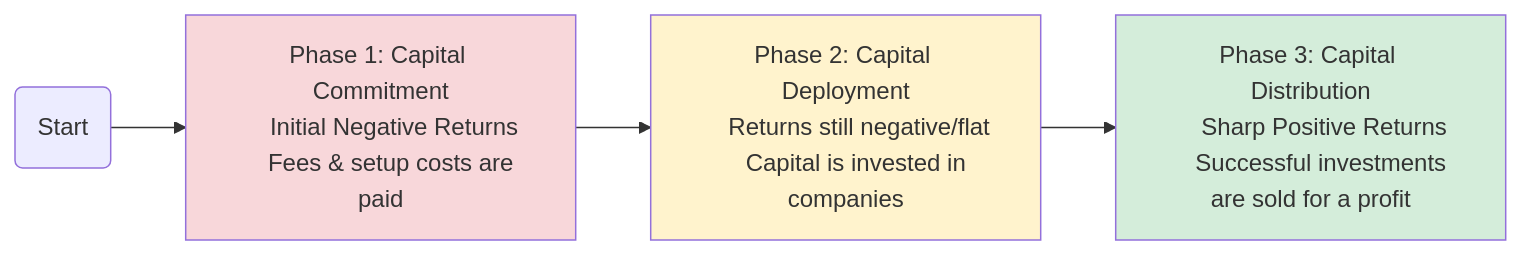
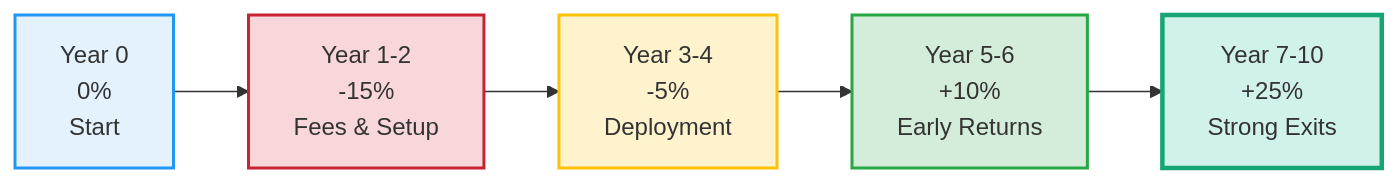
The diagram in docs/LOS/Alts/Reading 77.md (agarwalvipin/open_cfa), drawn with Mermaid before and after one commit. The commit also changed other lines of this file, not shown here.

Commit message:
Revise J-Curve diagram in Reading 77: Update phases and improve clarity in visual representation of investment life cycle.

````diff
--- a/docs/LOS/Alts/Reading 77.md
+++ b/docs/LOS/Alts/Reading 77.md
@@ -30,15 +30,13 @@
 ```mermaid
 graph LR
-    A(Start) --> B["Phase 1: Capital Commitment
-    Initial Negative Returns
-    Fees & setup costs are paid"]
-    B --> C["Phase 2: Capital Deployment
-    Returns still negative/flat
-    Capital is invested in companies"]
-    C --> D["Phase 3: Capital Distribution
-    Sharp Positive Returns
-    Successful investments are sold for a profit"]
-    style B fill:#f8d7da
-    style C fill:#fff3cd
-    style D fill:#d4edda
+    A["Year 0<br/>0%<br/>Start"] --> B["Year 1-2<br/>-15%<br/>Fees & Setup"]
+    B --> C["Year 3-4<br/>-5%<br/>Deployment"]
+    C --> D["Year 5-6<br/>+10%<br/>Early Returns"]
+    D --> E["Year 7-10<br/>+25%<br/>Strong Exits"]
+    
+    style A fill:#e3f2fd,stroke:#2196f3,stroke-width:2px
+    style B fill:#f8d7da,stroke:#c82333,stroke-width:2px
+    style C fill:#fff3cd,stroke:#ffc107,stroke-width:2px
+    style D fill:#d4edda,stroke:#28a745,stroke-width:2px
+    style E fill:#d1f2eb,stroke:#17a673,stroke-width:3px
 ```
````
